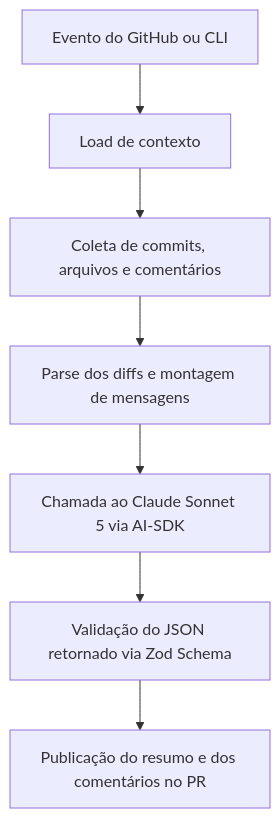
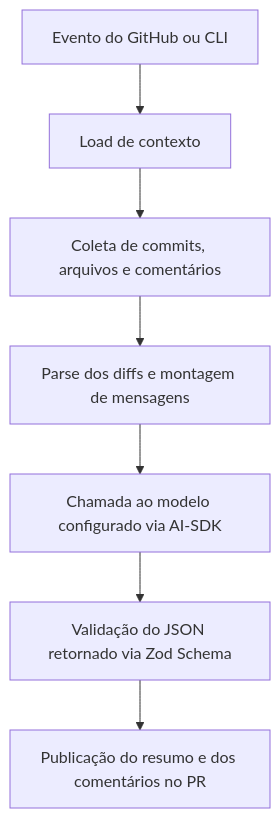
One commit to thallesasv/pullRequestCodeReview changed the diagram in DOCUMENTACAO.md. Above: the diagram before and after it, drawn with Mermaid. The commit also changed other lines of this file and 5 other files, not shown here.

````diff
--- a/DOCUMENTACAO.md
+++ b/DOCUMENTACAO.md
@@ -15,10 +15,10 @@
 ```mermaid
 flowchart TD
   A[Evento do GitHub ou CLI] --> B[Load de contexto]
   B --> C[Coleta de commits, arquivos e comentários]
   C --> D[Parse dos diffs e montagem de mensagens]
-  D --> E[Chamada ao Claude Sonnet 5 via AI-SDK]
+  D --> E[Chamada ao modelo configurado via AI-SDK]
   E --> F[Validação do JSON retornado via Zod Schema]
   F --> G[Publicação do resumo e dos comentários no PR]
 
 ```
````
